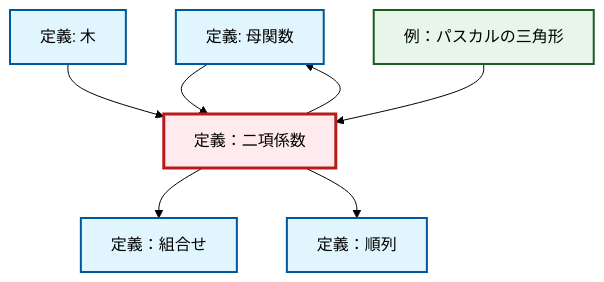
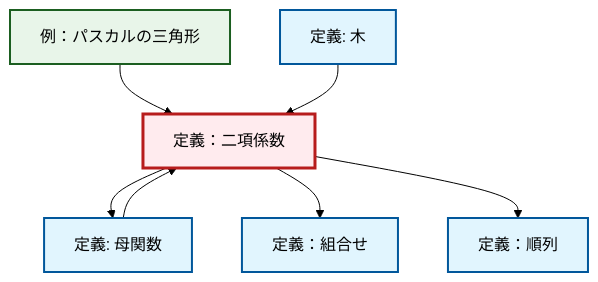
Before and after one commit to RK0429/ModernMath: the diagram in content/ja/combinatorics/def-binomial-coefficient.qmd, drawn with Mermaid (forest theme). The commit also changed other lines of this file and 1012 other files, not shown here.

````diff
--- a/content/ja/combinatorics/def-binomial-coefficient.qmd
+++ b/content/ja/combinatorics/def-binomial-coefficient.qmd
@@ -67,27 +67,27 @@
 ```{mermaid}
 %%| fig-cap: "Local dependency graph"
 graph TD
     classDef definition fill:#e1f5fe,stroke:#01579b,stroke-width:2px
     classDef theorem fill:#f3e5f5,stroke:#4a148c,stroke-width:2px
     classDef axiom fill:#fff3e0,stroke:#e65100,stroke-width:2px
     classDef example fill:#e8f5e9,stroke:#1b5e20,stroke-width:2px
     classDef current fill:#ffebee,stroke:#b71c1c,stroke-width:3px
+    def-permutation["定義：順列"]:::definition
+    def-binomial-coefficient["定義：二項係数"]:::definition
     def-combination["定義：組合せ"]:::definition
     def-generating-function["定義: 母関数"]:::definition
-    def-binomial-coefficient["定義：二項係数"]:::definition
     ex-pascals-triangle["例：パスカルの三角形"]:::example
     def-tree["定義: 木"]:::definition
-    def-permutation["定義：順列"]:::definition
+    def-generating-function --> def-binomial-coefficient
+    def-binomial-coefficient --> def-generating-function
     def-binomial-coefficient --> def-combination
-    def-generating-function --> def-binomial-coefficient
     def-binomial-coefficient --> def-permutation
+    ex-pascals-triangle --> def-binomial-coefficient
     def-tree --> def-binomial-coefficient
-    ex-pascals-triangle --> def-binomial-coefficient
-    def-binomial-coefficient --> def-generating-function
     class def-binomial-coefficient current
+    click def-permutation "def-permutation.html" "定義：順列へ"
     click def-combination "def-combination.html" "定義：組合せへ"
     click def-generating-function "def-generating-function.html" "母関数の定義へ"
     click ex-pascals-triangle "ex-pascals-triangle.html" "例：パスカルの三角形へ"
     click def-tree "def-tree.html" "木の定義へ"
-    click def-permutation "def-permutation.html" "定義：順列へ"
 ```
````
